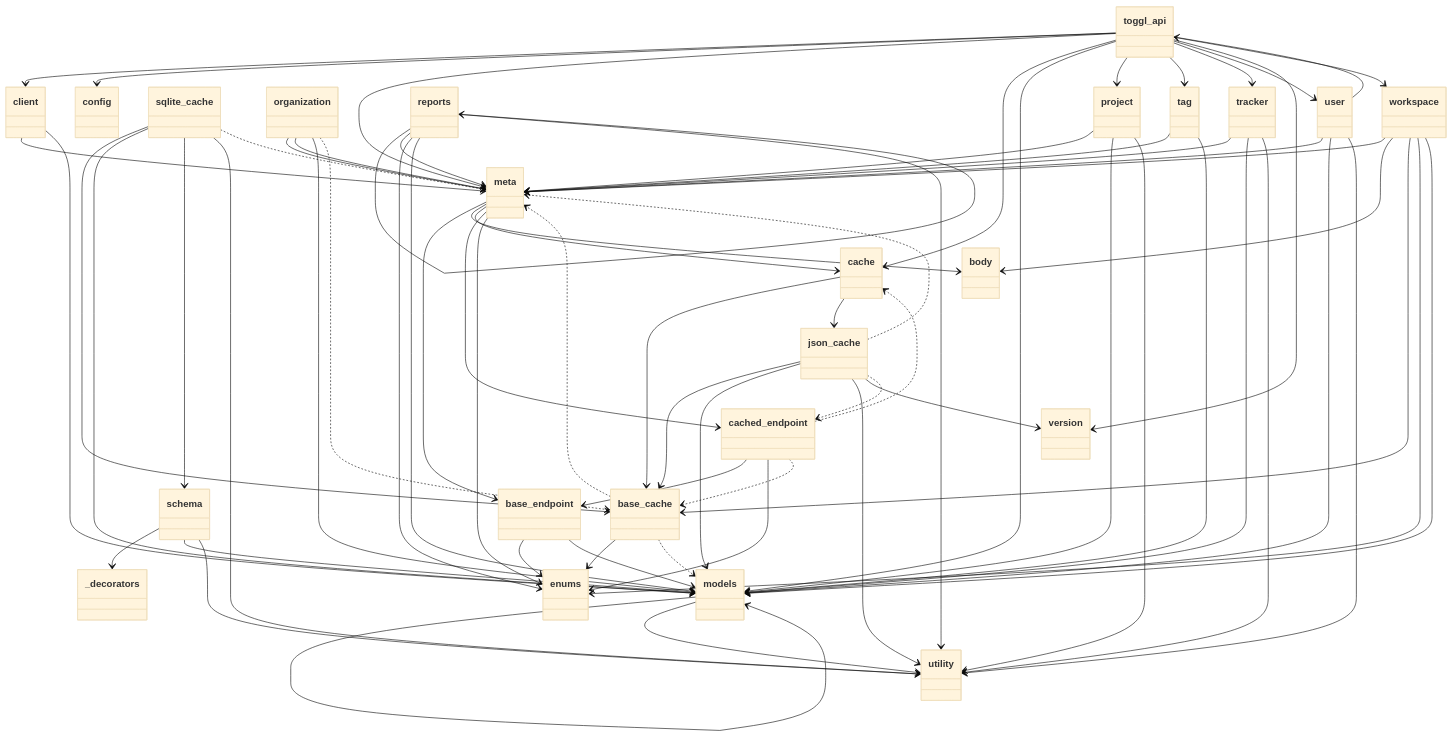
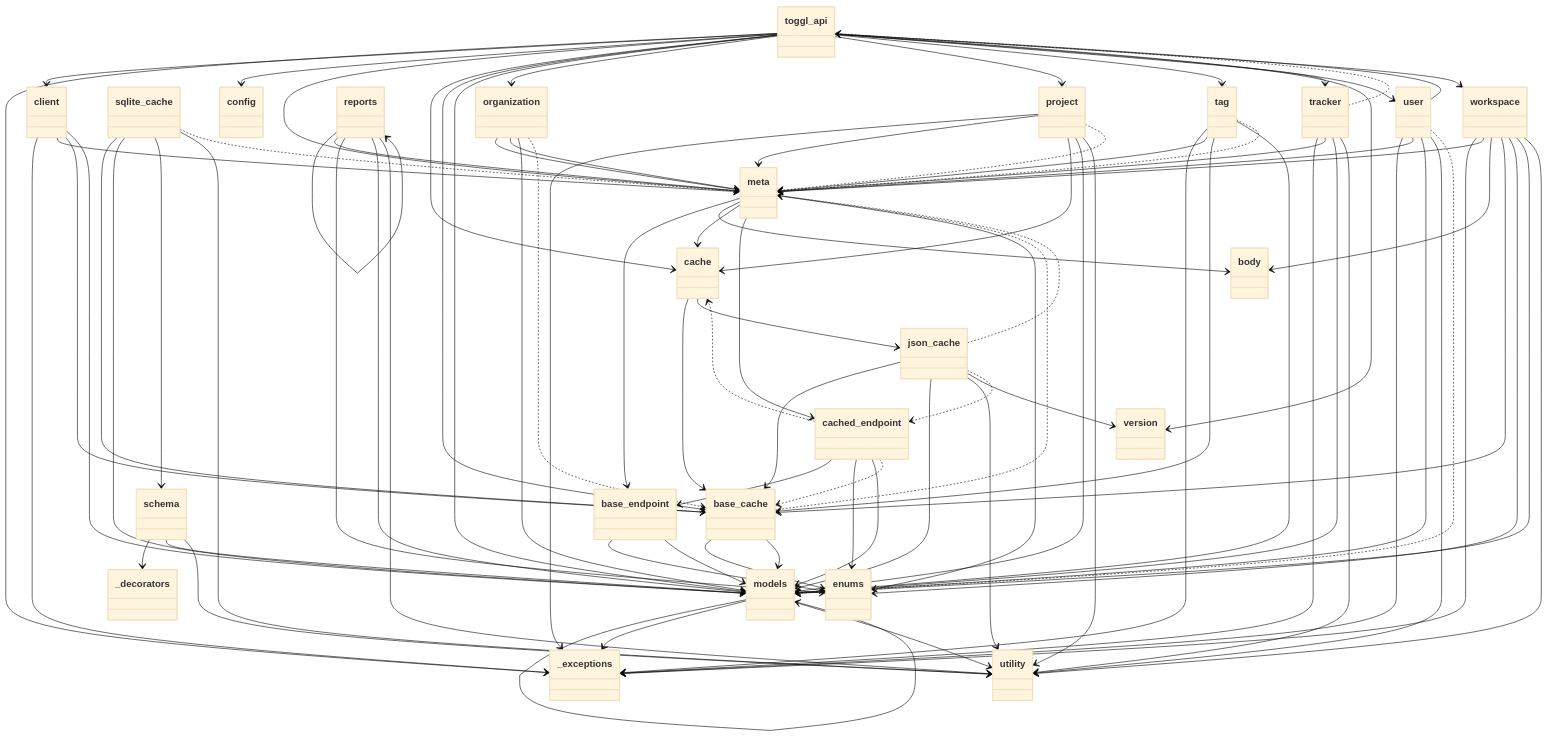
Before and after one commit to ddkasa/toggl-api-wrapper: the diagram in docs/static/mermaid/packages.mmd, drawn with Mermaid (base theme). The commit also changed 2 other files, not shown here.

Commit message:
docs(mermaid): update package diagrams

```diff
--- a/docs/static/mermaid/packages.mmd
+++ b/docs/static/mermaid/packages.mmd
@@ -1,124 +1,145 @@
 classDiagram
   class toggl_api {
+  }
+  class _exceptions {
   }
   class client {
   }
   class config {
   }
   class meta {
   }
   class base_endpoint {
   }
   class body {
   }
   class cache {
   }
   class base_cache {
   }
   class json_cache {
   }
   class sqlite_cache {
   }
   class cached_endpoint {
   }
   class enums {
   }
   class models {
   }
   class _decorators {
   }
   class models {
   }
   class schema {
   }
   class organization {
   }
   class project {
   }
   class reports {
   }
   class reports {
   }
   class tag {
   }
   class tracker {
   }
   class user {
   }
   class utility {
   }
   class version {
   }
   class workspace {
   }
+  toggl_api --> _exceptions
   toggl_api --> client
   toggl_api --> config
   toggl_api --> meta
   toggl_api --> cache
+  toggl_api --> base_cache
   toggl_api --> models
+  toggl_api --> organization
   toggl_api --> project
   toggl_api --> tag
   toggl_api --> tracker
   toggl_api --> user
   toggl_api --> version
   toggl_api --> workspace
+  client --> _exceptions
   client --> meta
+  client --> base_cache
   client --> models
   meta --> base_endpoint
   meta --> body
   meta --> cache
   meta --> cached_endpoint
   meta --> enums
   base_endpoint --> enums
   base_endpoint --> models
   cache --> base_cache
   cache --> json_cache
   base_cache --> enums
+  base_cache --> models
   json_cache --> base_cache
   json_cache --> models
   json_cache --> utility
   json_cache --> version
   sqlite_cache --> base_cache
   sqlite_cache --> models
   sqlite_cache --> schema
   sqlite_cache --> utility
   cached_endpoint --> base_endpoint
   cached_endpoint --> enums
+  cached_endpoint --> models
   models --> models
+  models --> _exceptions
   models --> utility
   schema --> _decorators
   schema --> models
   schema --> utility
   organization --> meta
   organization --> meta
   organization --> models
+  project --> _exceptions
   project --> meta
+  project --> cache
   project --> models
   project --> utility
   reports --> reports
   reports --> meta
   reports --> enums
   reports --> models
   reports --> utility
+  tag --> _exceptions
   tag --> meta
+  tag --> base_cache
   tag --> models
+  tracker --> _exceptions
   tracker --> meta
   tracker --> models
   tracker --> utility
   user --> toggl_api
+  user --> _exceptions
   user --> meta
   user --> models
   user --> utility
+  workspace --> _exceptions
   workspace --> meta
   workspace --> body
   workspace --> base_cache
   workspace --> enums
   workspace --> models
+  workspace --> utility
   base_cache ..> meta
-  base_cache ..> models
   json_cache ..> meta
   json_cache ..> cached_endpoint
   sqlite_cache ..> meta
   cached_endpoint ..> cache
   cached_endpoint ..> base_cache
   organization ..> base_cache
+  project ..> meta
+  tag ..> meta
+  tracker ..> toggl_api
+  user ..> models
```
